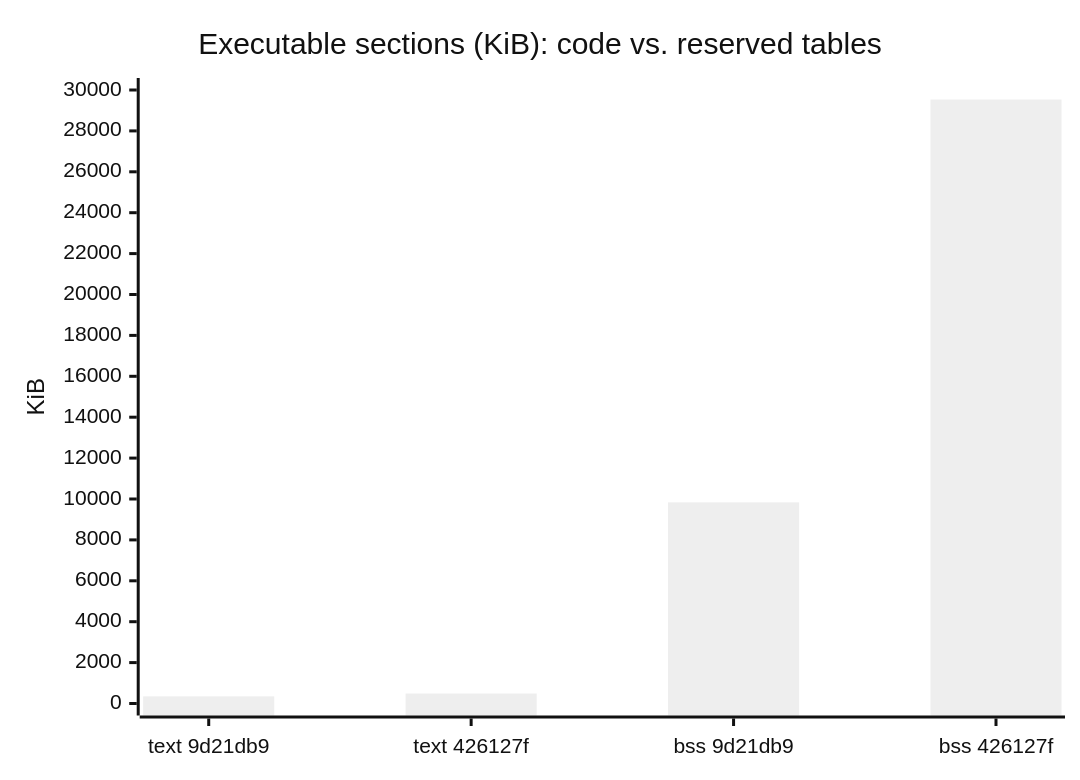
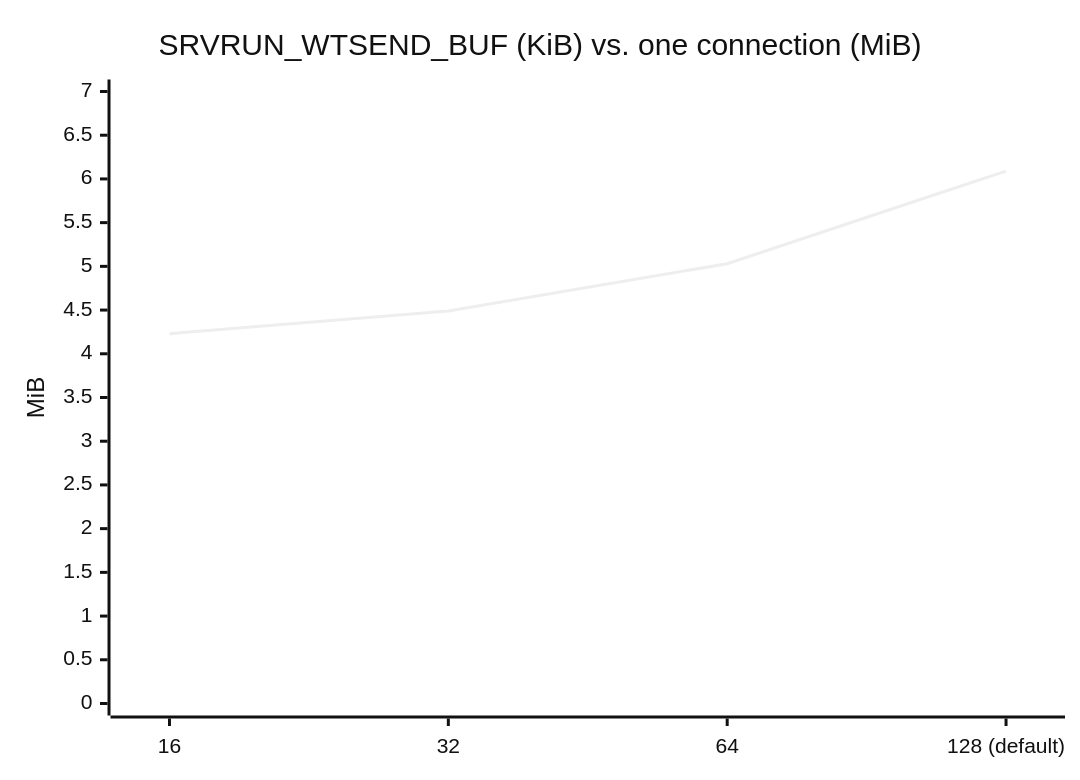
The third of 9 diagrams in docs/arch/memory.md (Hakkadaikon/wired), drawn with Mermaid (neutral theme) before and after one commit. The commit also changed other lines of this file, not shown here.

````diff
--- a/docs/arch/memory.md
+++ b/docs/arch/memory.md
@@ -85,7 +109,7 @@
 ```mermaid
 xychart-beta
-    title "Executable sections (KiB): code vs. reserved tables"
-    x-axis ["text 9d21db9", "text 426127f", "bss 9d21db9", "bss 426127f"]
-    y-axis "KiB" 0 --> 30000
-    bar [348, 488, 9835, 29535]
+    title "SRVRUN_WTSEND_BUF (KiB) vs. one connection (MiB)"
+    x-axis ["16", "32", "64", "128 (default)"]
+    y-axis "MiB" 0 --> 7
+    line [4.23, 4.49, 5.03, 6.09]
 ```
````
